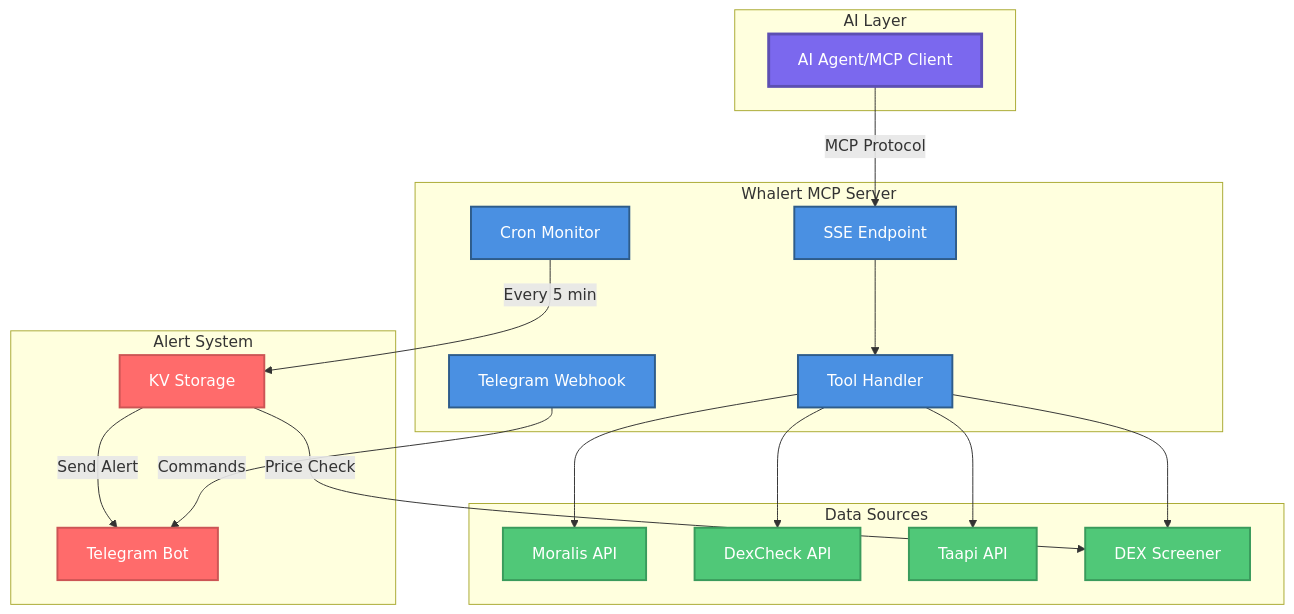
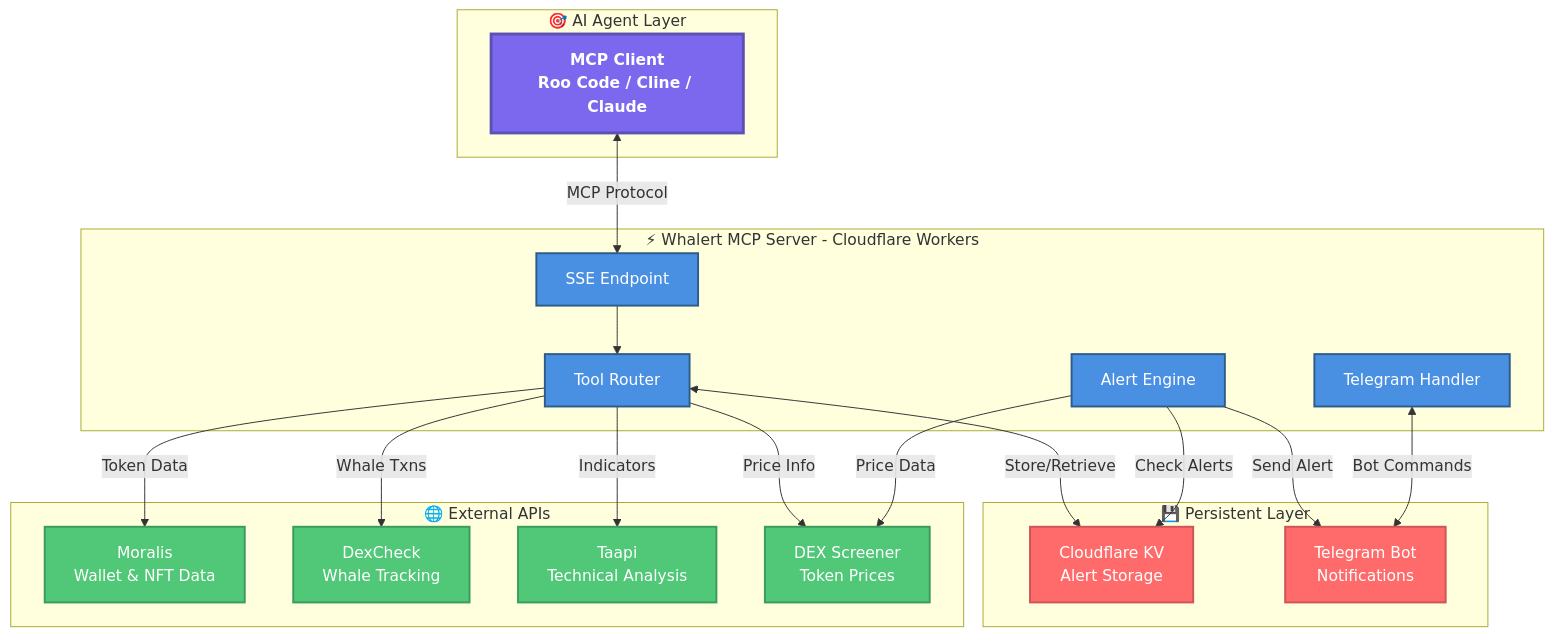
The diagram in README.md (SuReaper/Whalert), drawn with Mermaid before and after one commit. The commit also changed other lines of this file, not shown here.

Commit message:
Updated Project

````diff
--- a/README.md
+++ b/README.md
@@ -143,48 +141,47 @@
 ```mermaid
 graph TB
-    subgraph "AI Layer"
-        A[AI Agent/MCP Client]
+    subgraph Client["🎯 AI Agent Layer"]
+        A[MCP Client<br/>Roo Code / Cline / Claude]
     end
     
-    subgraph "Whalert MCP Server"
+    subgraph Server["⚡ Whalert MCP Server - Cloudflare Workers"]
         B[SSE Endpoint]
-        C[Tool Handler]
-        D[Telegram Webhook]
-        E[Cron Monitor]
+        C[Tool Router]
+        D[Alert Engine]
+        E[Telegram Handler]
     end
     
-    subgraph "Data Sources"
-        F[Moralis API]
-        G[DexCheck API]
-        H[Taapi API]
-        I[DEX Screener]
+    subgraph APIs["🌐 External APIs"]
+        F[Moralis<br/>Wallet & NFT Data]
+        G[DexCheck<br/>Whale Tracking]
+        H[Taapi<br/>Technical Analysis]
+        I[DEX Screener<br/>Token Prices]
     end
     
-    subgraph "Alert System"
-        J[KV Storage]
-        K[Telegram Bot]
+    subgraph Storage["💾 Persistent Layer"]
+        J[Cloudflare KV<br/>Alert Storage]
+        K[Telegram Bot<br/>Notifications]
     end
     
-    A -->|MCP Protocol| B
+    A <-->|MCP Protocol| B
     B --> C
-    C --> F
-    C --> G
-    C --> H
-    C --> I
-    D -->|Commands| K
-    E -->|Every 5 min| J
-    J -->|Price Check| I
-    J -->|Send Alert| K
+    C -->|Token Data| F
+    C -->|Whale Txns| G
+    C -->|Indicators| H
+    C -->|Price Info| I
+    C <-->|Store/Retrieve| J
+    D -->|Check Alerts| J
+    D -->|Price Data| I
+    D -->|Send Alert| K
+    E <-->|Bot Commands| K
     
-    style A fill:#7B68EE,stroke:#5D4FB3,stroke-width:3px,color:#fff
-    style B fill:#4A90E2,stroke:#2E5C8A,stroke-width:2px,color:#fff
-    style C fill:#4A90E2,stroke:#2E5C8A,stroke-width:2px,color:#fff
-    style D fill:#4A90E2,stroke:#2E5C8A,stroke-width:2px,color:#fff
-    style E fill:#4A90E2,stroke:#2E5C8A,stroke-width:2px,color:#fff
-    style F fill:#50C878,stroke:#3A9B5C,stroke-width:2px,color:#fff
-    style G fill:#50C878,stroke:#3A9B5C,stroke-width:2px,color:#fff
-    style H fill:#50C878,stroke:#3A9B5C,stroke-width:2px,color:#fff
-    style I fill:#50C878,stroke:#3A9B5C,stroke-width:2px,color:#fff
-    style J fill:#FF6B6B,stroke:#CC5555,stroke-width:2px,color:#fff
-    style K fill:#FF6B6B,stroke:#CC5555,stroke-width:2px,color:#fff
+    classDef clientStyle fill:#7B68EE,stroke:#5D4FB3,stroke-width:3px,color:#fff,font-weight:bold
+    classDef serverStyle fill:#4A90E2,stroke:#2E5C8A,stroke-width:2px,color:#fff
+    classDef apiStyle fill:#50C878,stroke:#3A9B5C,stroke-width:2px,color:#fff
+    classDef storageStyle fill:#FF6B6B,stroke:#CC5555,stroke-width:2px,color:#fff
+    
+    class A clientStyle
+    class B,C,D,E serverStyle
+    class F,G,H,I apiStyle
+    class J,K storageStyle
 ```
````
